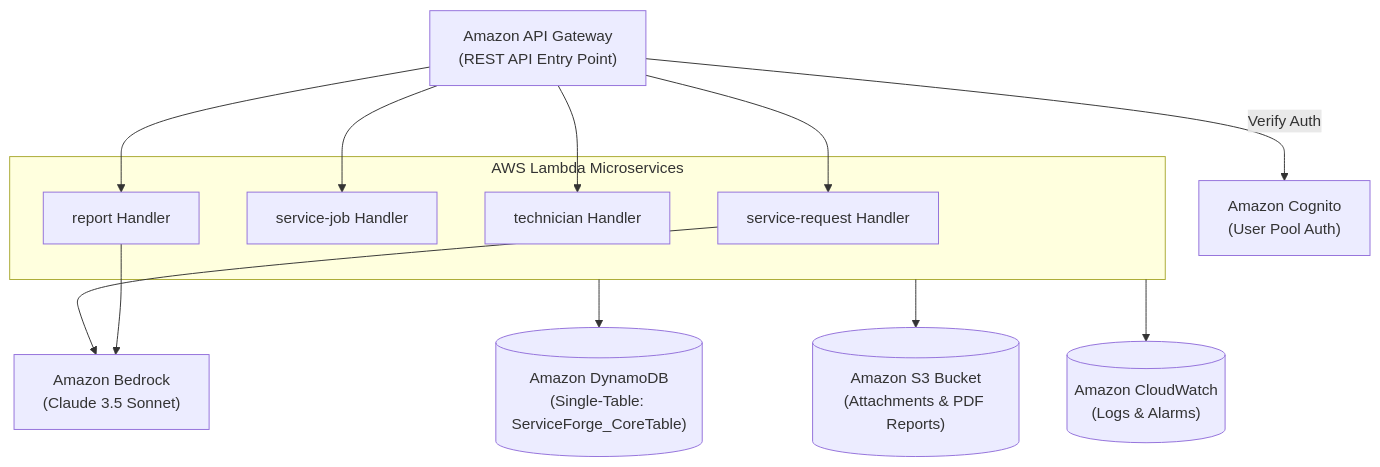
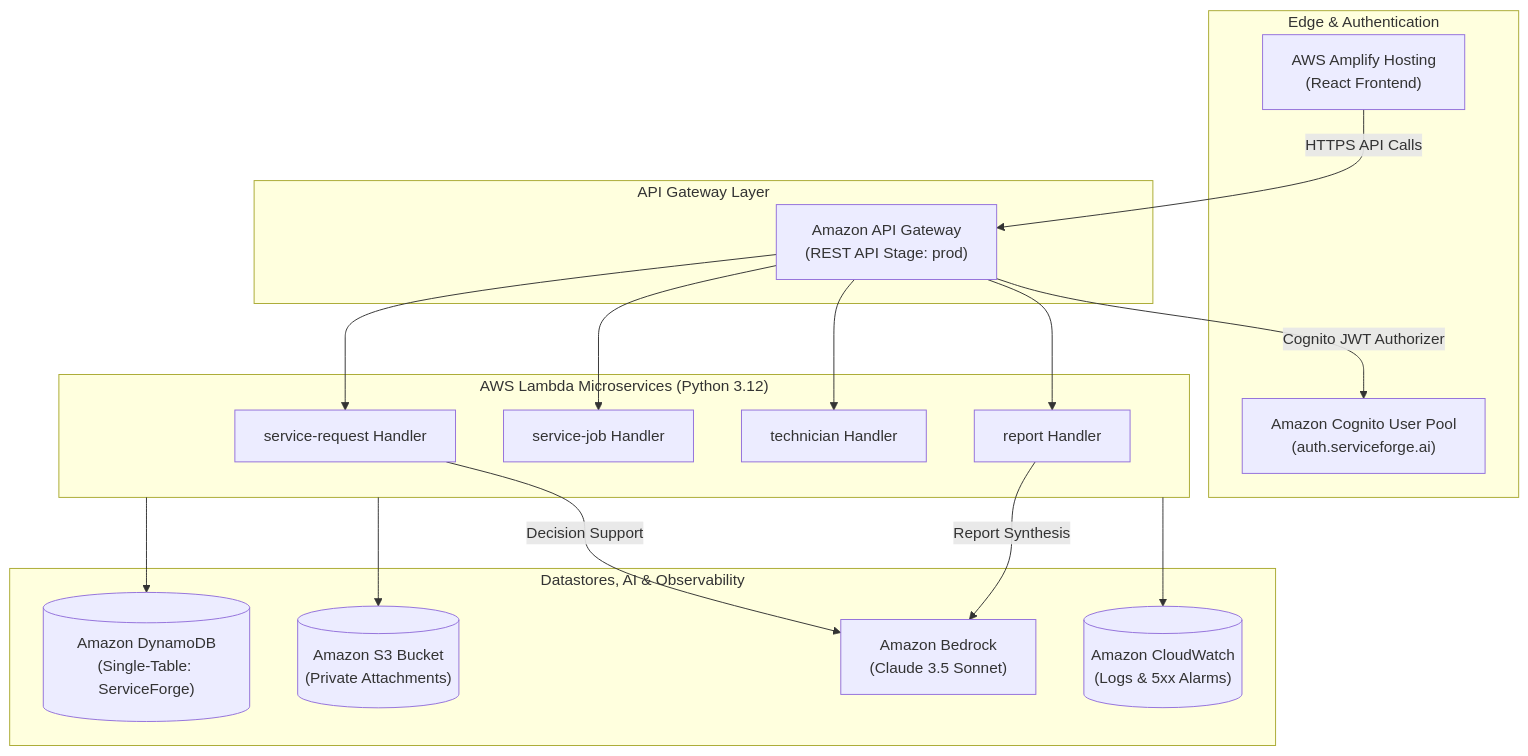
Before and after one commit to Devanandfarkade/ServiceForge-AI: the diagram in Infrastructure/README.md, drawn with Mermaid. The commit also changed other lines of this file and 5 other files, not shown here.

````diff
--- a/Infrastructure/README.md
+++ b/Infrastructure/README.md
@@ -12,30 +22,39 @@
 ```mermaid
 flowchart TD
-    APIGW["Amazon API Gateway\n(REST API Entry Point)"]
-    Cognito["Amazon Cognito\n(User Pool Auth)"]
-    
-    subgraph LambdaCompute["AWS Lambda Microservices"]
+    subgraph EdgeLayer["Edge & Authentication"]
+        Amplify["AWS Amplify Hosting\n(React Frontend)"]
+        Cognito["Amazon Cognito User Pool\n(auth.serviceforge.ai)"]
+    end
+
+    subgraph ApiGatewayLayer["API Gateway Layer"]
+        APIGW["Amazon API Gateway\n(REST API Stage: prod)"]
+    end
+
+    subgraph ServerlessLambda["AWS Lambda Microservices (Python 3.12)"]
         ReqLambda["service-request Handler"]
         JobLambda["service-job Handler"]
         TechLambda["technician Handler"]
         ReportLambda["report Handler"]
     end
-    
-    Bedrock["Amazon Bedrock\n(Claude 3.5 Sonnet)"]
-    DynamoDB[("Amazon DynamoDB\n(Single-Table: ServiceForge_CoreTable)")]
-    S3[("Amazon S3 Bucket\n(Attachments & PDF Reports)")]
-    CloudWatch[("Amazon CloudWatch\n(Logs & Alarms)")]
 
-    APIGW -->|Verify Auth| Cognito
+    subgraph DatastoresAndAI["Datastores, AI & Observability"]
+        DDB[("Amazon DynamoDB\n(Single-Table: ServiceForge)")]
+        S3[("Amazon S3 Bucket\n(Private Attachments)")]
+        Bedrock["Amazon Bedrock\n(Claude 3.5 Sonnet)"]
+        CW[("Amazon CloudWatch\n(Logs & 5xx Alarms)")]
+    end
+
+    Amplify -->|HTTPS API Calls| APIGW
+    APIGW -->|Cognito JWT Authorizer| Cognito
     APIGW --> ReqLambda
     APIGW --> JobLambda
     APIGW --> TechLambda
     APIGW --> ReportLambda
 
-    ReqLambda --> Bedrock
-    ReportLambda --> Bedrock
+    ReqLambda -->|Decision Support| Bedrock
+    ReportLambda -->|Report Synthesis| Bedrock
 
-    LambdaCompute --> DynamoDB
-    LambdaCompute --> S3
-    LambdaCompute --> CloudWatch
+    ServerlessLambda --> DDB
+    ServerlessLambda --> S3
+    ServerlessLambda --> CW
 ```
````
